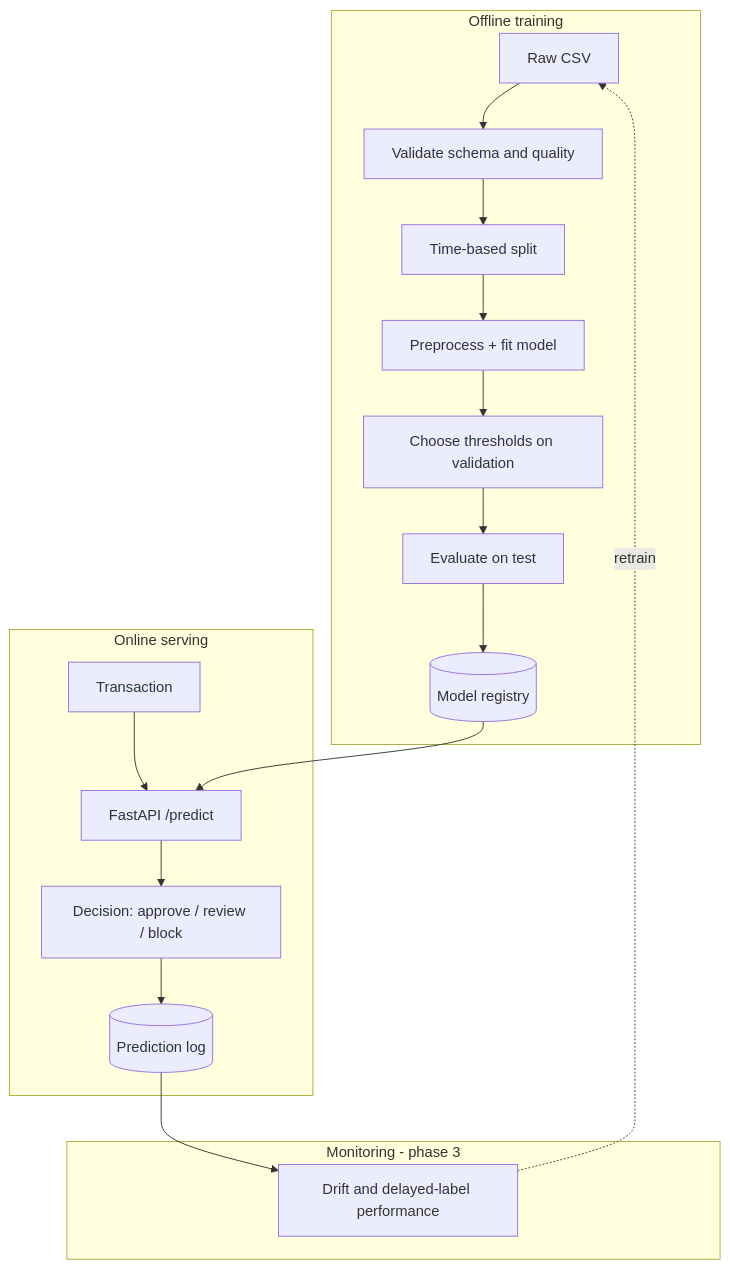
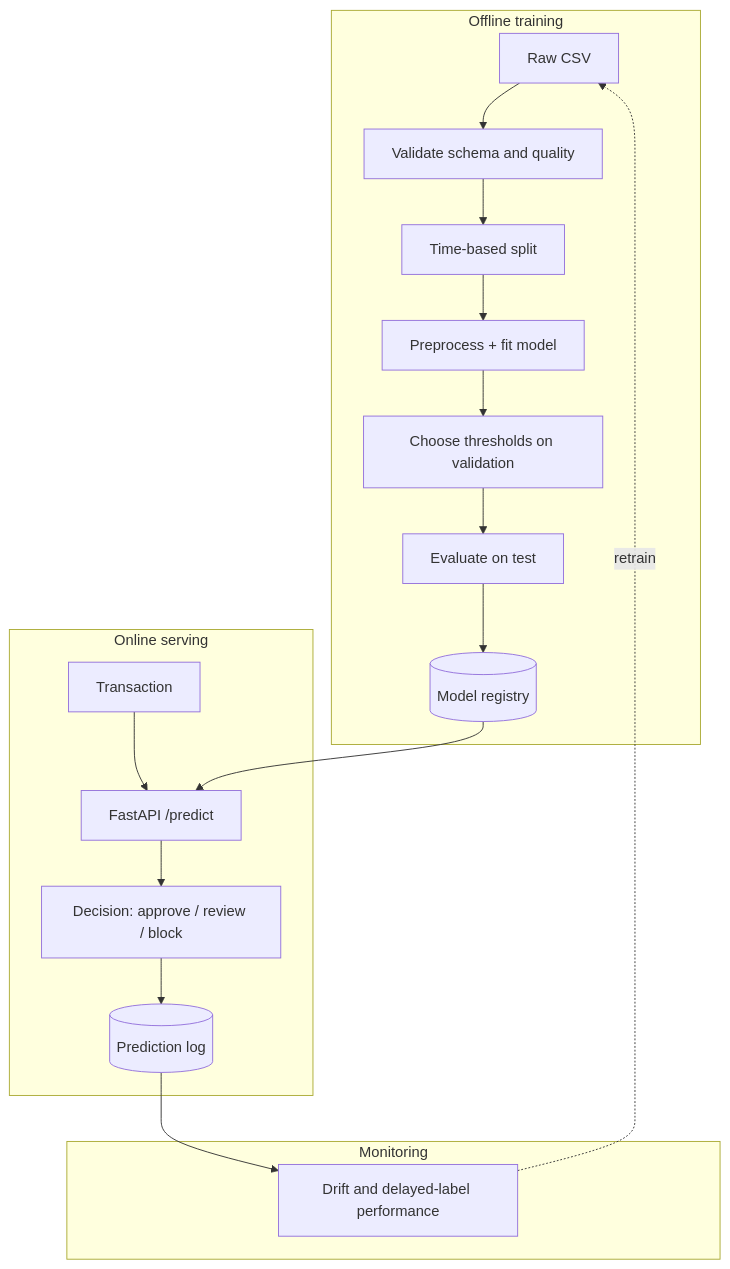
Before and after one commit to Ohm-Kel/credit-card-fraud-detection: the diagram in docs/architecture.md, drawn with Mermaid. The commit also changed other lines of this file and 3 other files, not shown here.

````diff
--- a/docs/architecture.md
+++ b/docs/architecture.md
@@ -37,21 +37,21 @@
 ```mermaid
 flowchart TB
     subgraph Offline training
         A[Raw CSV] --> B[Validate schema and quality]
         B --> C[Time-based split]
         C --> D[Preprocess + fit model]
         D --> E[Choose thresholds on validation]
         E --> F[Evaluate on test]
         F --> G[(Model registry)]
     end
     subgraph Online serving
         H[Transaction] --> I[FastAPI /predict]
         G --> I
         I --> J[Decision: approve / review / block]
         J --> K[(Prediction log)]
     end
-    subgraph Monitoring - phase 3
+    subgraph Monitoring
         K --> L[Drift and delayed-label performance]
         L -. retrain .-> A
     end
 ```
````
